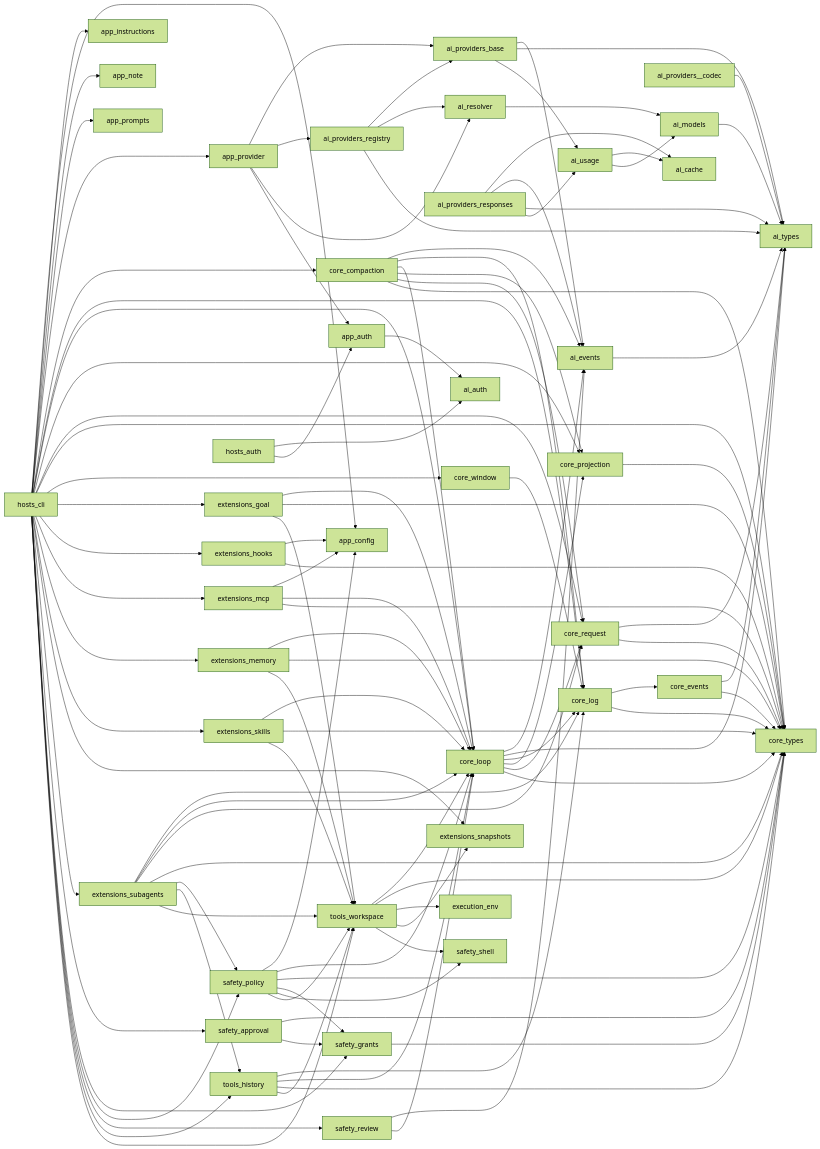
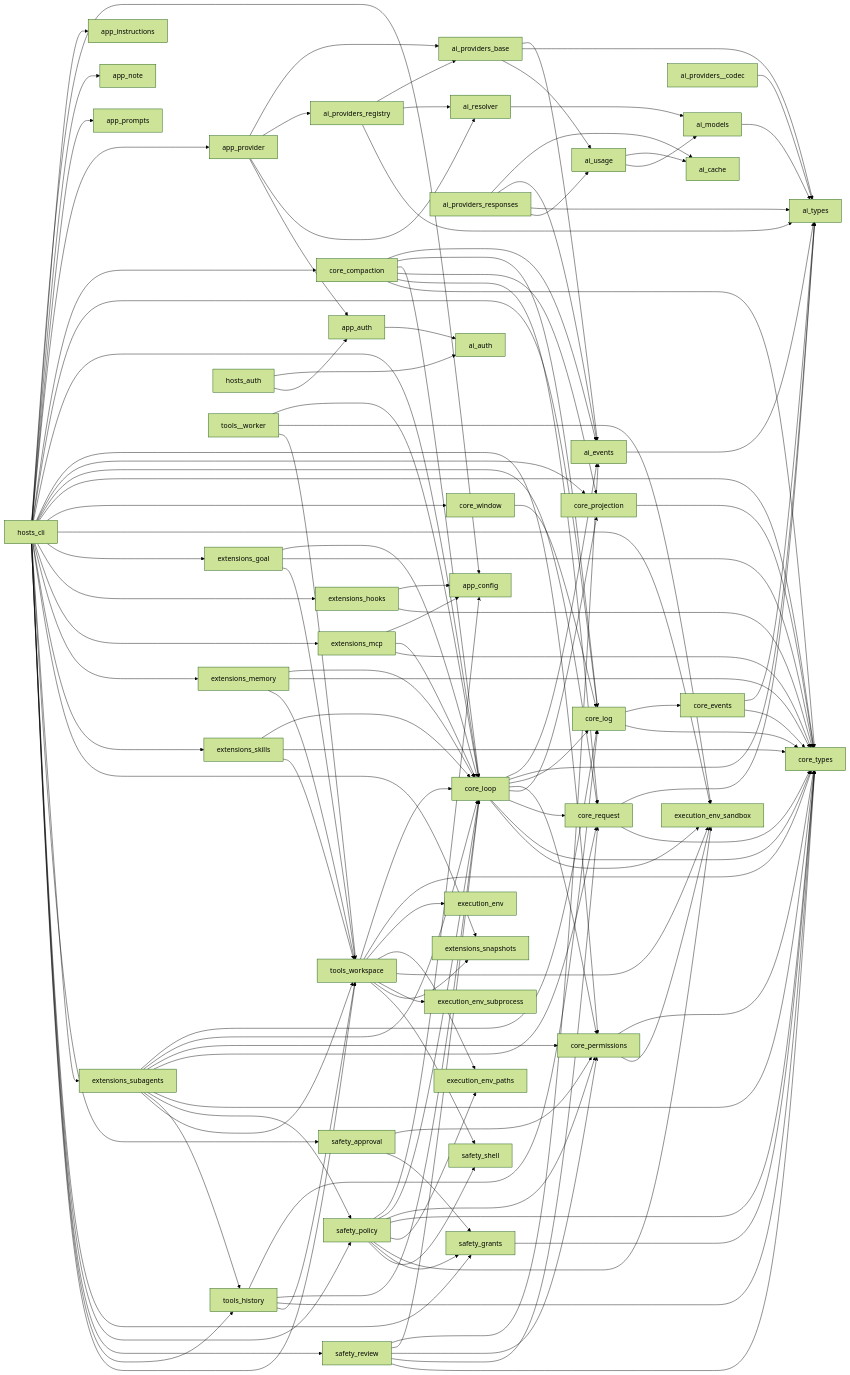
The diagram in docs/design/module-graph.md (reddishJade/CadeMini), drawn with Mermaid (forest theme) before and after one commit. The commit also changed 54 other files, not shown here.

First line of the commit message:
Fix execution permissions and add Linux/macOS sandboxing (#2)

````diff
--- a/docs/design/module-graph.md
+++ b/docs/design/module-graph.md
@@ -40,9 +40,13 @@
   core_loop --> ai_events
   core_loop --> ai_types
   core_loop --> core_log
+  core_loop --> core_permissions
   core_loop --> core_projection
   core_loop --> core_request
   core_loop --> core_types
+  core_loop --> execution_env_sandbox
+  core_permissions --> core_types
+  core_permissions --> execution_env_sandbox
   core_projection --> core_types
   core_request --> ai_types
   core_request --> core_types
@@ -63,6 +67,7 @@
   extensions_skills --> tools_workspace
   extensions_subagents --> core_log
   extensions_subagents --> core_loop
+  extensions_subagents --> core_permissions
   extensions_subagents --> core_request
   extensions_subagents --> core_types
   extensions_subagents --> safety_policy
@@ -78,10 +83,12 @@
   hosts_cli --> core_compaction
   hosts_cli --> core_log
   hosts_cli --> core_loop
+  hosts_cli --> core_permissions
   hosts_cli --> core_projection
   hosts_cli --> core_request
   hosts_cli --> core_types
   hosts_cli --> core_window
+  hosts_cli --> execution_env_sandbox
   hosts_cli --> extensions_goal
   hosts_cli --> extensions_hooks
   hosts_cli --> extensions_mcp
@@ -95,17 +102,25 @@
   hosts_cli --> safety_review
   hosts_cli --> tools_history
   hosts_cli --> tools_workspace
-  safety_approval --> core_types
+  safety_approval --> core_permissions
   safety_approval --> safety_grants
   safety_grants --> core_types
   safety_policy --> app_config
   safety_policy --> core_loop
+  safety_policy --> core_permissions
   safety_policy --> core_types
+  safety_policy --> execution_env_paths
+  safety_policy --> execution_env_sandbox
   safety_policy --> safety_grants
   safety_policy --> safety_shell
-  safety_policy --> tools_workspace
   safety_review --> ai_events
   safety_review --> core_loop
+  safety_review --> core_permissions
+  safety_review --> core_request
+  safety_review --> core_types
+  tools__worker --> core_loop
+  tools__worker --> execution_env_sandbox
+  tools__worker --> tools_workspace
   tools_history --> core_log
   tools_history --> core_loop
   tools_history --> core_types
@@ -113,6 +128,9 @@
   tools_workspace --> core_loop
   tools_workspace --> core_types
   tools_workspace --> execution_env
+  tools_workspace --> execution_env_paths
+  tools_workspace --> execution_env_sandbox
+  tools_workspace --> execution_env_subprocess
   tools_workspace --> extensions_snapshots
   tools_workspace --> safety_shell
 ```
````
